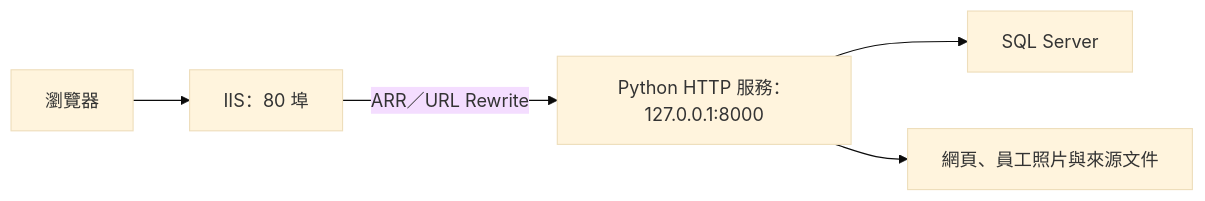
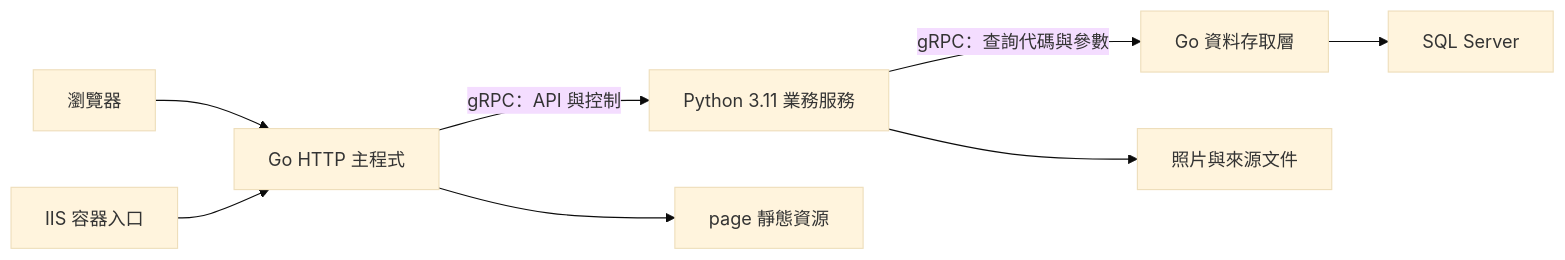
The diagram in Readme.md (x16472/erp_site), drawn with Mermaid (base theme) before and after one commit. The commit also changed other lines of this file and 91 other files, not shown here.

````diff
--- a/Readme.md
+++ b/Readme.md
@@ -36,7 +36,10 @@
 ```mermaid
 flowchart LR
-    Browser[瀏覽器] --> IIS[IIS：80 埠]
-    IIS -->|ARR／URL Rewrite| Python[Python HTTP 服務：127.0.0.1:8000]
-    Python --> SQL[SQL Server]
-    Python --> Files[網頁、員工照片與來源文件]
+    Browser[瀏覽器] --> Go[Go HTTP 主程式]
+    IIS[IIS 容器入口] --> Go
+    Go -->|gRPC：API 與控制| Python[Python 3.11 業務服務]
+    Python -->|gRPC：查詢代碼與參數| DB[Go 資料存取層]
+    DB --> SQL[SQL Server]
+    Go --> Pages[page 靜態資源]
+    Python --> Files[照片與來源文件]
 ```
````
